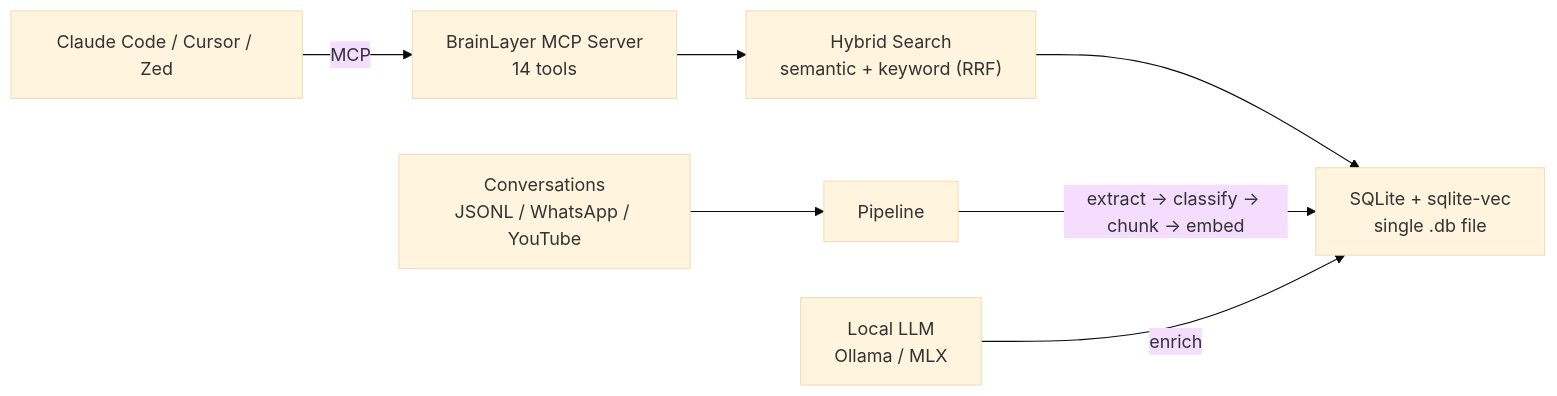
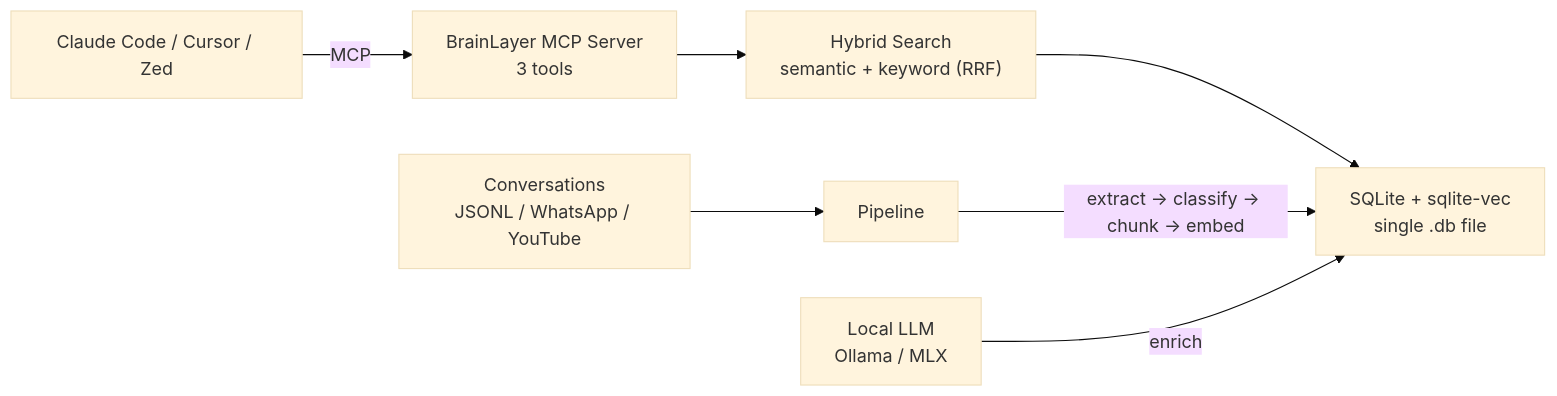
The diagram in docs/index.md (EtanHey/brainlayer), drawn with Mermaid (base theme) before and after one commit. The commit also changed other lines of this file and 9 other files, not shown here.

````diff
--- a/docs/index.md
+++ b/docs/index.md
@@ -46,10 +46,10 @@
 ```mermaid
 graph LR
-    A["Claude Code / Cursor / Zed"] -->|MCP| B["BrainLayer MCP Server<br/>14 tools"]
+    A["Claude Code / Cursor / Zed"] -->|MCP| B["BrainLayer MCP Server<br/>3 tools"]
     B --> C["Hybrid Search<br/>semantic + keyword (RRF)"]
     C --> D["SQLite + sqlite-vec<br/>single .db file"]
 
     E["Conversations<br/>JSONL / WhatsApp / YouTube"] --> F["Pipeline"]
     F -->|extract → classify → chunk → embed| D
     G["Local LLM<br/>Ollama / MLX"] -->|enrich| D
 ```
````
